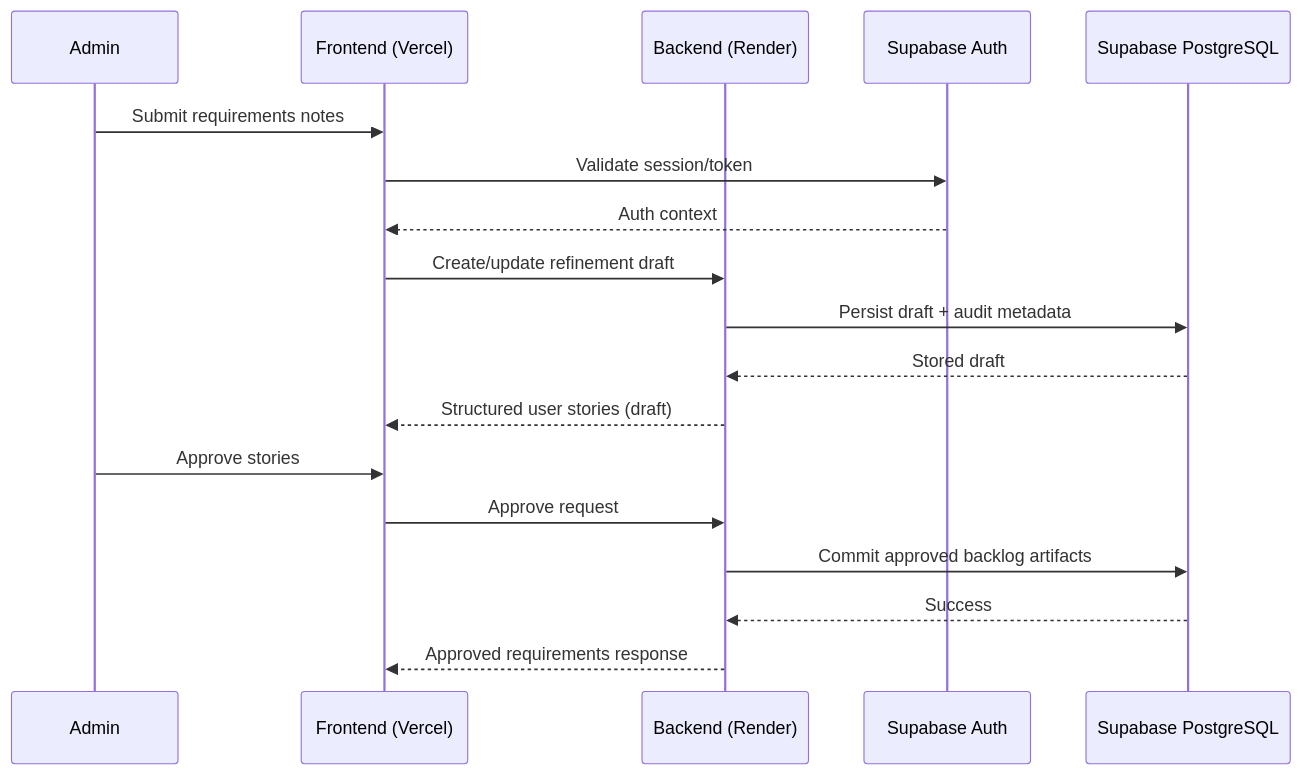
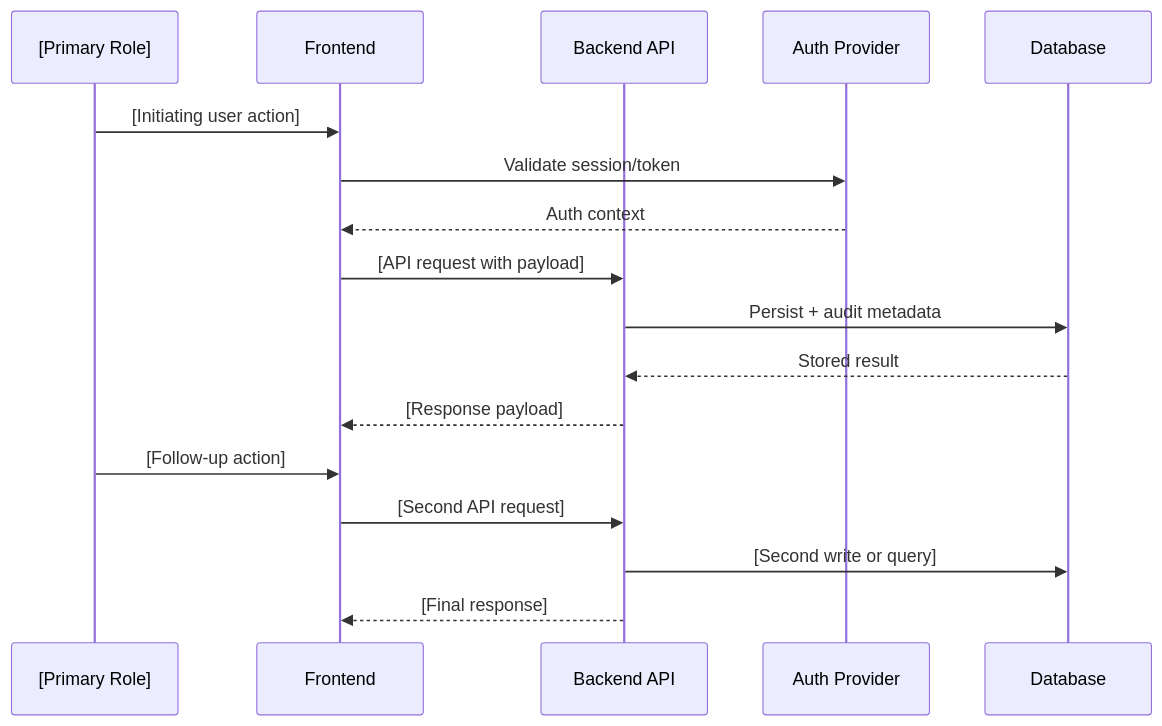
The second of 2 diagrams in docs/projects/project-template/03-architecture/architecture-solution-design.md (alonsovndev/open-projects-hub-docs), drawn with Mermaid before and after one commit. The commit also changed other lines of this file and 52 other files, not shown here.

Commit message:
docs: templating architecture files

````diff
--- a/docs/projects/project-template/03-architecture/architecture-solution-design.md
+++ b/docs/projects/project-template/03-architecture/architecture-solution-design.md
@@ -57,21 +77,20 @@
 ```mermaid
 sequenceDiagram
-    participant User as Admin
-    participant FE as Frontend (Vercel)
-    participant BE as Backend (Render)
-    participant SA as Supabase Auth
-    participant DB as Supabase PostgreSQL
+    participant User as [Primary Role]
+    participant FE as Frontend
+    participant BE as Backend API
+    participant AUTH as Auth Provider
+    participant DB as Database
 
-    User->>FE: Submit requirements notes
-    FE->>SA: Validate session/token
-    SA-->>FE: Auth context
-    FE->>BE: Create/update refinement draft
-    BE->>DB: Persist draft + audit metadata
-    DB-->>BE: Stored draft
-    BE-->>FE: Structured user stories (draft)
-    User->>FE: Approve stories
-    FE->>BE: Approve request
-    BE->>DB: Commit approved backlog artifacts
-    DB-->>BE: Success
-    BE-->>FE: Approved requirements response
+    User->>FE: [Initiating user action]
+    FE->>AUTH: Validate session/token
+    AUTH-->>FE: Auth context
+    FE->>BE: [API request with payload]
+    BE->>DB: Persist + audit metadata
+    DB-->>BE: Stored result
+    BE-->>FE: [Response payload]
+    User->>FE: [Follow-up action]
+    FE->>BE: [Second API request]
+    BE->>DB: [Second write or query]
+    BE-->>FE: [Final response]
 ```
````
